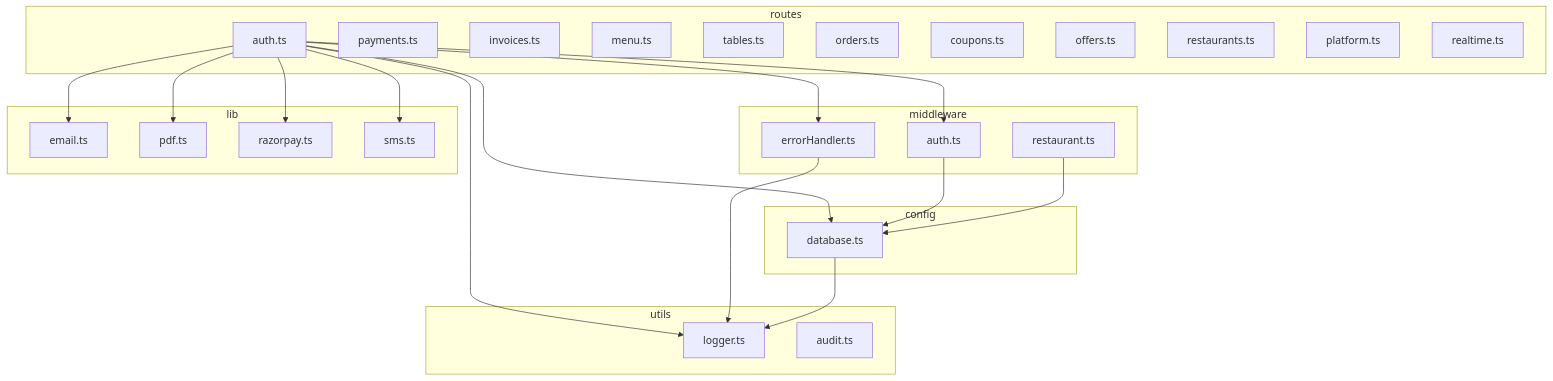
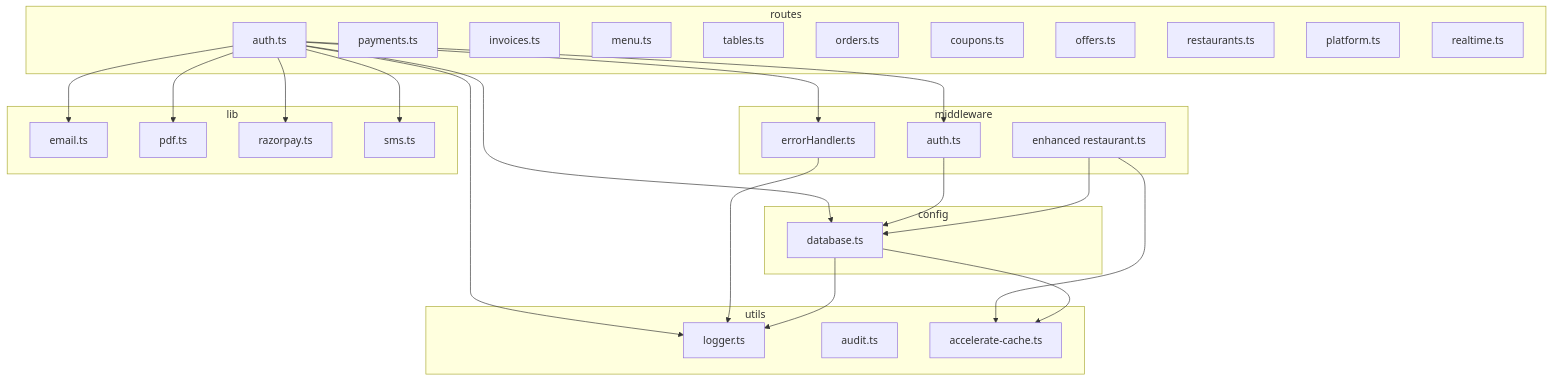
The sixth of 11 diagrams in .qoder/repowiki/en/content/Backend System/Backend Architecture.md (Dequeue-Tech/DeQ-Bite), drawn with Mermaid before and after one commit. The commit also changed other lines of this file and 25 other files, not shown here.

````diff
--- a/.qoder/repowiki/en/content/Backend System/Backend Architecture.md
+++ b/.qoder/repowiki/en/content/Backend System/Backend Architecture.md
@@ -249,46 +276,49 @@
 ```mermaid
 graph TB
 subgraph "routes"
 RAuth["auth.ts"]
 RPayments["payments.ts"]
 RInvoices["invoices.ts"]
 RMenu["menu.ts"]
 RTables["tables.ts"]
 ROrders["orders.ts"]
 RCoupons["coupons.ts"]
 ROffers["offers.ts"]
 RRestaurants["restaurants.ts"]
 RPlatform["platform.ts"]
 RRealtime["realtime.ts"]
 end
 subgraph "middleware"
 MAuth["auth.ts"]
 MEH["errorHandler.ts"]
-MR["restaurant.ts"]
+MR["enhanced restaurant.ts"]
 end
 subgraph "utils"
 ULogger["logger.ts"]
 UAudit["audit.ts"]
+UAccel["accelerate-cache.ts"]
 end
 subgraph "lib"
 LEmail["email.ts"]
 LPDF["pdf.ts"]
 LRZP["razorpay.ts"]
 LSMS["sms.ts"]
 end
 subgraph "config"
 CDB["database.ts"]
 end
 RAuth --> MAuth
 RAuth --> MEH
 RAuth --> CDB
 RAuth --> ULogger
 RAuth --> LEmail
 RAuth --> LPDF
 RAuth --> LRZP
 RAuth --> LSMS
 MAuth --> CDB
 MR --> CDB
+MR --> UAccel
 MEH --> ULogger
 CDB --> ULogger
+CDB --> UAccel
 ```
````
